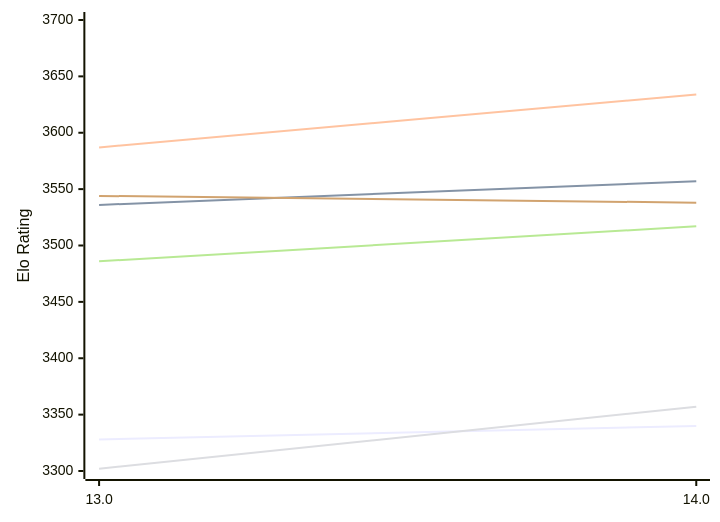
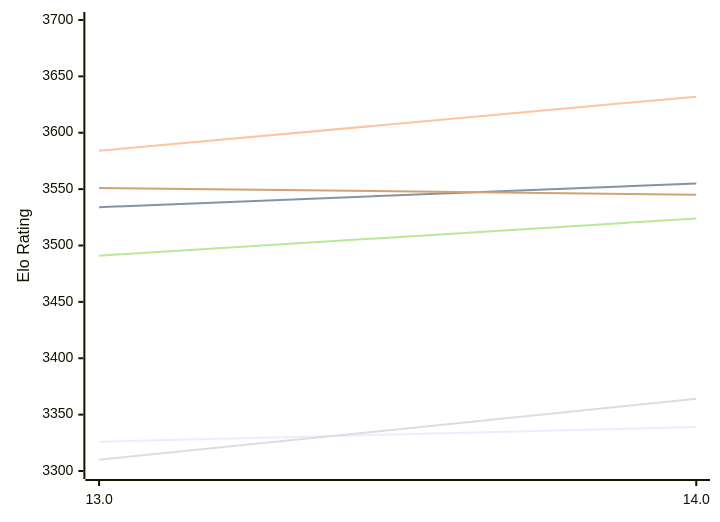
The first of 2 diagrams in engines/Tcheran.md (computer-chess-index/cci), drawn with Mermaid before and after one commit. The commit also changed other lines of this file, not shown here.

Commit message:
Update CCI Ratings (ELO VLTC) - 2026-11-23

````diff
--- a/engines/Tcheran.md
+++ b/engines/Tcheran.md
@@ -55,12 +55,12 @@
 ```mermaid
 %%{init: {"theme":"base","themeVariables":{"seriesColors:['#a3a3a3','#222221','#faa371']}}}%%
 xychart-beta
   x-axis ["13.0", "14.0"]
   y-axis "Elo Rating" 3300 --> 3700
-  line "E1: STC (8.0+0.08s)" [3328, 3340]
-  line "E1: LTC (60.0+0.60s)" [3536, 3557]
-  line "E1: VLTC (2m24s+1.12s)" [3587, 3634]
-  line "P1: STC (8.0+0.08s)" [3302, 3357]
-  line "P1: LTC (60.0+0.60s)" [3486, 3517]
-  line "P1: VLTC (2m24s+1.12s)" [3544, 3538]
+  line "E1: STC (8.0+0.08s)" [3326, 3339]
+  line "E1: LTC (60.0+0.60s)" [3534, 3555]
+  line "E1: VLTC (2m24s+1.12s)" [3584, 3632]
+  line "P1: STC (8.0+0.08s)" [3310, 3364]
+  line "P1: LTC (60.0+0.60s)" [3491, 3524]
+  line "P1: VLTC (2m24s+1.12s)" [3551, 3545]
 ```
````
